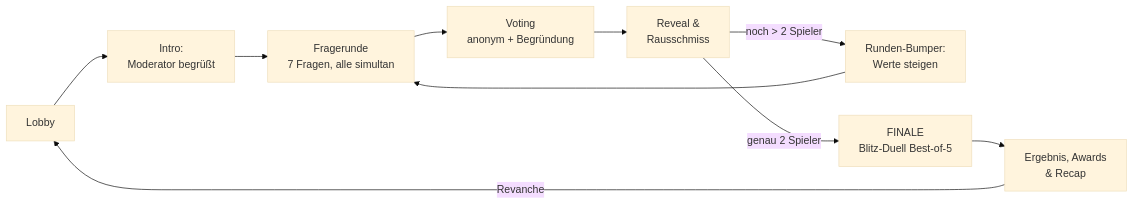
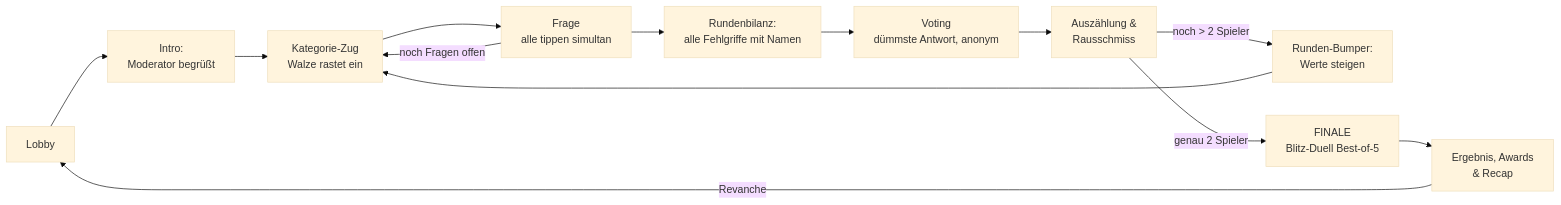
Before and after one commit to Trikophalo/KickedOut: the first of 4 diagrams in KONZEPT.md, drawn with Mermaid (base theme). The commit also changed other lines of this file and 14 other files, not shown here.

````diff
--- a/KONZEPT.md
+++ b/KONZEPT.md
@@ -65,12 +65,15 @@
 ```mermaid
 flowchart LR
     A[Lobby] --> B[Intro:\nModerator begrüßt]
-    B --> C[Fragerunde\n7 Fragen, alle simultan]
-    C --> D[Voting\nanonym + Begründung]
-    D --> E[Reveal &\nRausschmiss]
+    B --> K[Kategorie-Zug\nWalze rastet ein]
+    K --> C[Frage\nalle tippen simultan]
+    C -->|noch Fragen offen| K
+    C --> R[Rundenbilanz:\nalle Fehlgriffe mit Namen]
+    R --> D[Voting\ndümmste Antwort, anonym]
+    D --> E[Auszählung &\nRausschmiss]
     E -->|noch > 2 Spieler| F[Runden-Bumper:\nWerte steigen]
-    F --> C
+    F --> K
     E -->|genau 2 Spieler| G[FINALE\nBlitz-Duell Best-of-5]
     G --> H[Ergebnis, Awards\n& Recap]
     H -->|Revanche| A
 ```
````
